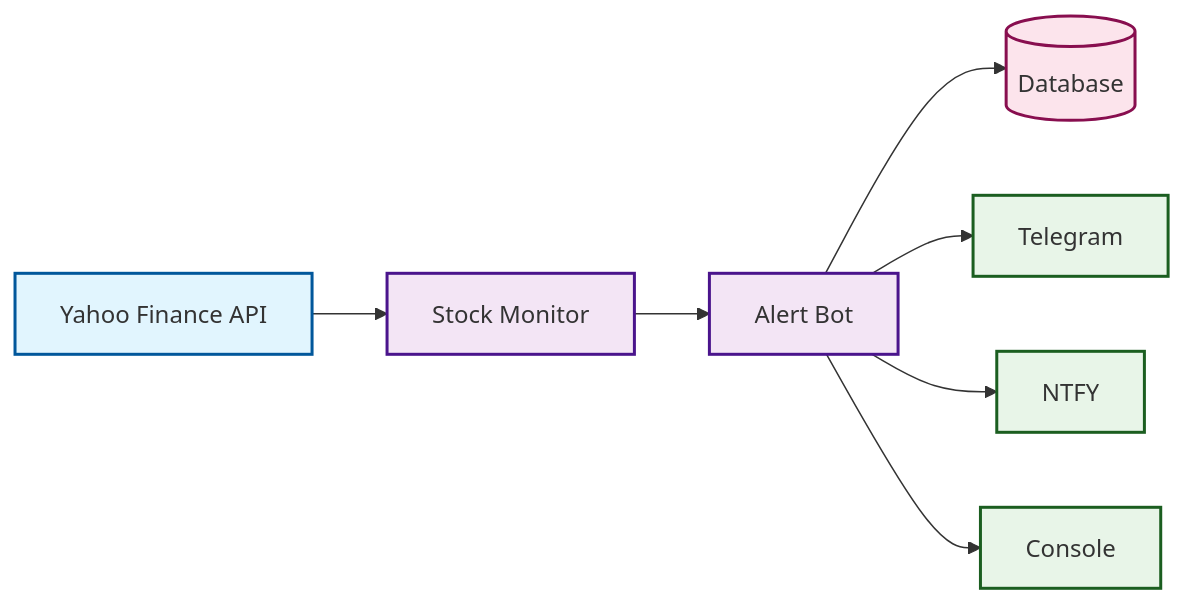
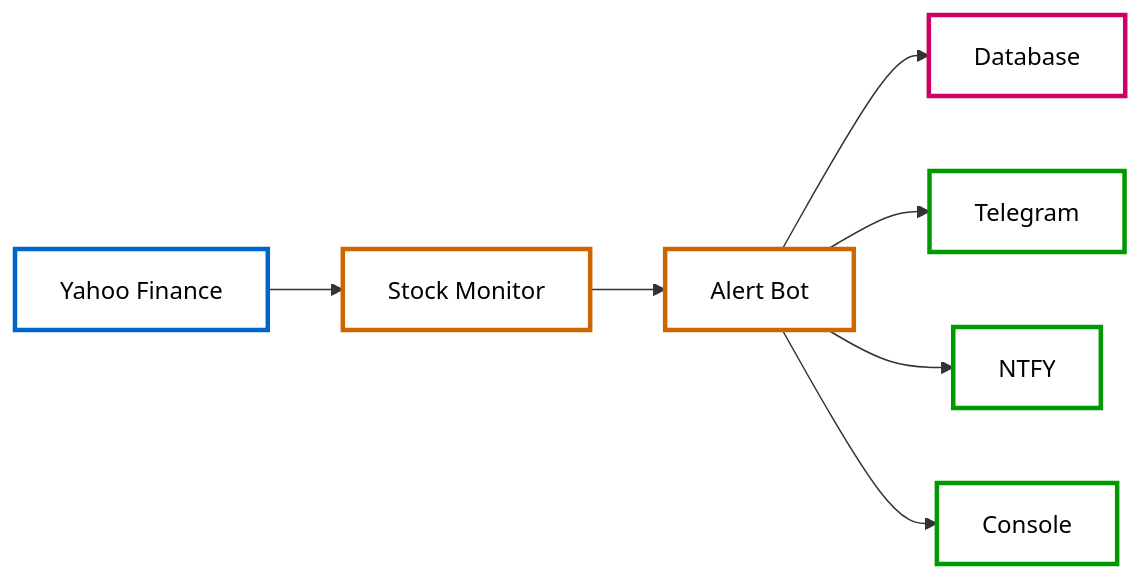
Before and after one commit to wuchris-ch/Finance-API-Alert-System: the first of 3 diagrams in README.md, drawn with Mermaid. The commit also changed other lines of this file, not shown here.

Commit message:
🎨 Improve mermaid diagram text readability
- Use white backgrounds with black text for maximum contrast
- Simplify node labels for better visibility
- Increase stroke width for clearer borders
- Remove multi-line text that was hard to read
- Use explicit color:#000000 for dark text on light backgrounds
- Make diagrams more accessible and easier to read

````diff
--- a/README.md
+++ b/README.md
@@ -48,19 +48,19 @@
 ```mermaid
 graph LR
-    YF[Yahoo Finance API] --> SM[Stock Monitor]
-    SM --> AB[Alert Bot]
-    AB --> DB[(Database)]
-    AB --> TG[Telegram]
-    AB --> NT[NTFY]
-    AB --> CON[Console]
+    A[Yahoo Finance] --> B[Stock Monitor]
+    B --> C[Alert Bot]
+    C --> D[Database]
+    C --> E[Telegram]
+    C --> F[NTFY]
+    C --> G[Console]
     
-    classDef external fill:#e1f5fe,stroke:#01579b,stroke-width:2px
-    classDef core fill:#f3e5f5,stroke:#4a148c,stroke-width:2px
-    classDef notification fill:#e8f5e8,stroke:#1b5e20,stroke-width:2px
-    classDef database fill:#fce4ec,stroke:#880e4f,stroke-width:2px
+    classDef external fill:#ffffff,stroke:#0066cc,stroke-width:3px,color:#000000
+    classDef core fill:#ffffff,stroke:#cc6600,stroke-width:3px,color:#000000
+    classDef notification fill:#ffffff,stroke:#009900,stroke-width:3px,color:#000000
+    classDef database fill:#ffffff,stroke:#cc0066,stroke-width:3px,color:#000000
     
-    class YF external
-    class SM,AB core
-    class TG,NT,CON notification
-    class DB database
+    class A external
+    class B,C core
+    class E,F,G notification
+    class D database
 ```
````
